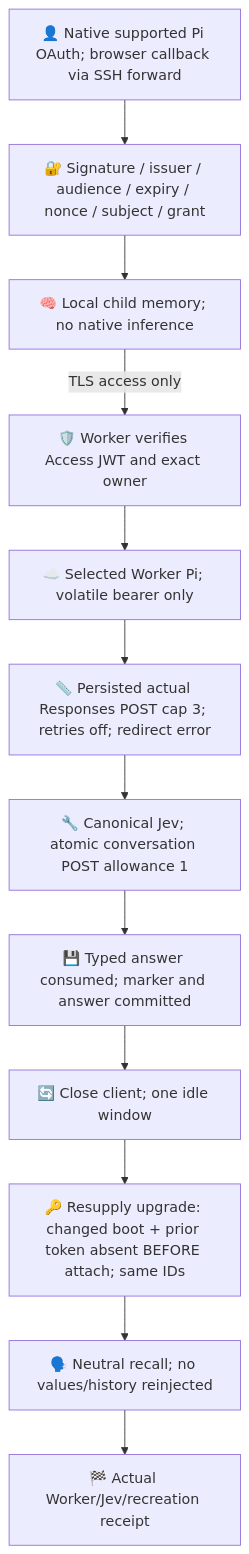
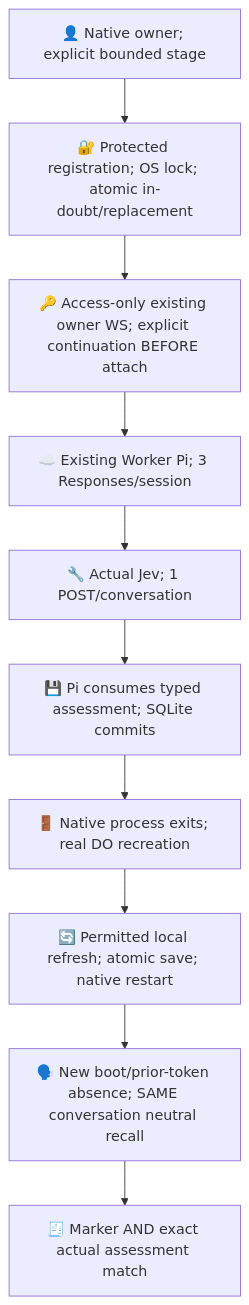
Before and after one commit to roccho-org/ops: the first of 2 diagrams in experiments/pi-worker-proof/README.md, drawn with Mermaid. The commit also changed other lines of this file and 7 other files, not shown here.

Commit message:
Add-native-owner-credential-lifecycle-proof

````diff
--- a/experiments/pi-worker-proof/README.md
+++ b/experiments/pi-worker-proof/README.md
@@ -20,14 +28,12 @@
 ```mermaid
 flowchart TB
-  Owner["👤 Native supported Pi OAuth; browser callback via SSH forward"] --> Verify["🔐 Signature / issuer / audience / expiry / nonce / subject / grant"]
-  Verify --> Memory["🧠 Local child memory; no native inference"]
-  Memory -->|"TLS access only"| Access["🛡️ Worker verifies Access JWT and exact owner"]
-  Access --> Pi["☁️ Selected Worker Pi; volatile bearer only"]
-  Pi --> Budget["📏 Persisted actual Responses POST cap 3; retries off; redirect error"]
-  Budget --> Jev["🔧 Canonical Jev; atomic conversation POST allowance 1"]
-  Jev --> Commit["💾 Typed answer consumed; marker and answer committed"]
-  Commit --> Recreate["🔄 Close client; one idle window"]
-  Recreate --> Resupply["🔑 Resupply upgrade: changed boot + prior token absent BEFORE attach; same IDs"]
-  Resupply --> Recall["🗣️ Neutral recall; no values/history reinjected"]
-  Recall --> Proof["🏁 Actual Worker/Jev/recreation receipt"]
+  Owner["👤 Native owner; explicit bounded stage"] --> Store["🔐 Protected registration; OS lock; atomic in-doubt/replacement"]
+  Store --> Access["🔑 Access-only existing owner WS; explicit continuation BEFORE attach"]
+  Access --> Pi["☁️ Existing Worker Pi; 3 Responses/session"]
+  Pi --> Jev["🔧 Actual Jev; 1 POST/conversation"]
+  Jev --> Commit["💾 Pi consumes typed assessment; SQLite commits"]
+  Commit --> Exit["🚪 Native process exits; real DO recreation"]
+  Exit --> Refresh["🔄 Permitted local refresh; atomic save; native restart"]
+  Refresh --> Recall["🗣️ New boot/prior-token absence; SAME conversation neutral recall"]
+  Recall --> Evidence["🧾 Marker AND exact actual assessment match"]
 ```
````
